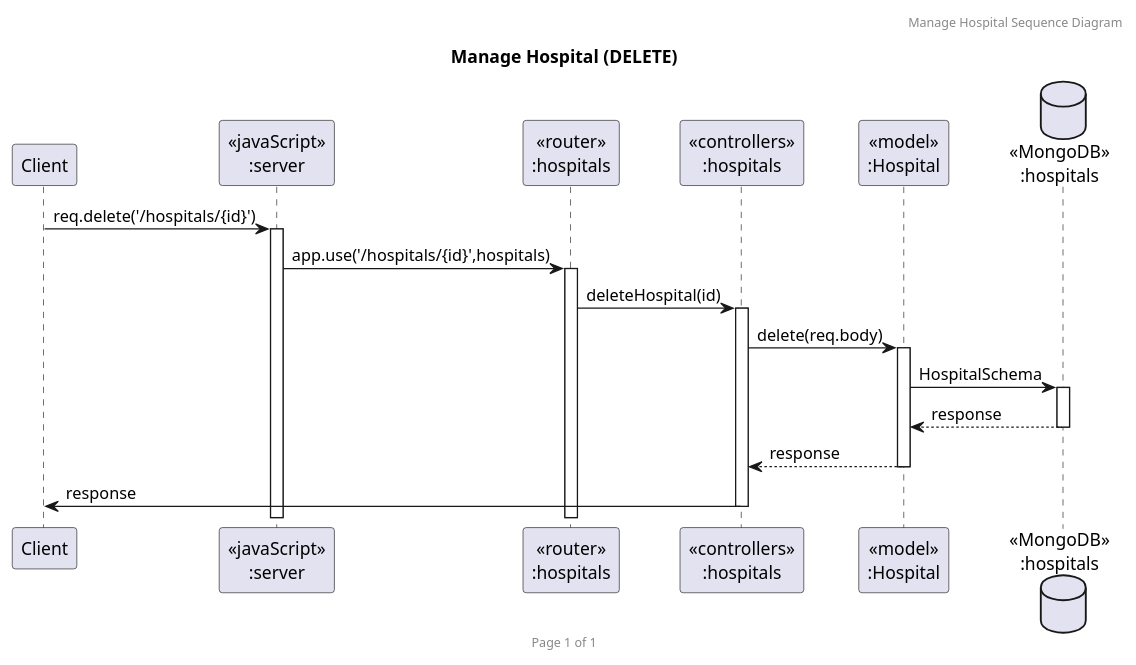
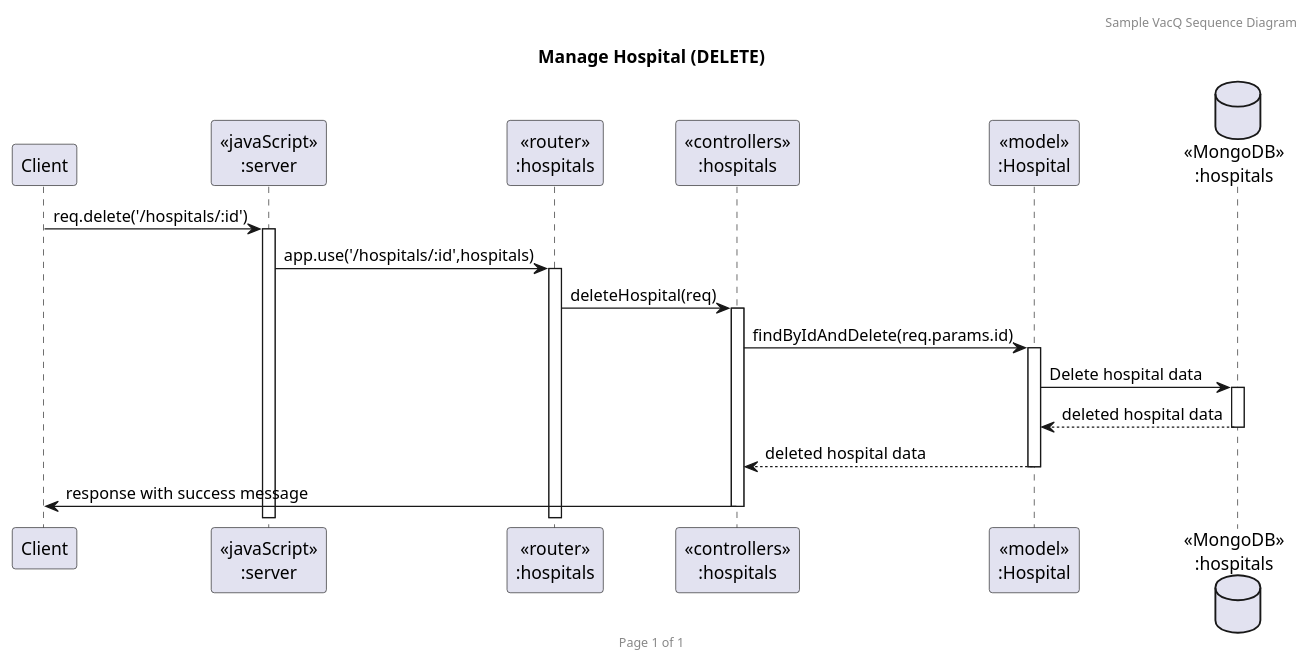
Before and after one commit to guncv/Soft_Dev_Prac_Backend: the diagram in PLANTUML/ManageHospitalSequenceDELETE.puml, drawn with PlantUML. The commit also changed 3 other files, not shown here.

```diff
--- a/PLANTUML/ManageHospitalSequenceDELETE.puml
+++ b/PLANTUML/ManageHospitalSequenceDELETE.puml
@@ -1,23 +1,23 @@
 @startuml Manage Hospital (DELETE)
 
-header Manage Hospital Sequence Diagram
+header Sample VacQ Sequence Diagram
 footer Page %page% of %lastpage%
 title "Manage Hospital (DELETE)"
 
 participant "Client" as client
 participant "<<javaScript>>\n:server" as server
 participant "<<router>>\n:hospitals" as routerHospitals
 participant "<<controllers>>\n:hospitals" as controllersHospitals
 participant "<<model>>\n:Hospital" as modelHospital
 database "<<MongoDB>>\n:hospitals" as HospitalsDatabase
 
-client->server ++:req.delete('/hospitals/{id}')
-server->routerHospitals ++:app.use('/hospitals/{id}',hospitals)
-routerHospitals -> controllersHospitals ++:deleteHospital(id)
-controllersHospitals->modelHospital ++:delete(req.body)
-modelHospital ->HospitalsDatabase ++: HospitalSchema
-HospitalsDatabase --> modelHospital --: response
-controllersHospitals <-- modelHospital --: response
-controllersHospitals->client --:response
+client->server ++:req.delete('/hospitals/:id')
+server->routerHospitals ++:app.use('/hospitals/:id',hospitals)
+routerHospitals -> controllersHospitals ++:deleteHospital(req)
+controllersHospitals->modelHospital ++:findByIdAndDelete(req.params.id)
+modelHospital ->HospitalsDatabase ++: Delete hospital data
+HospitalsDatabase --> modelHospital --: deleted hospital data
+controllersHospitals <-- modelHospital --:deleted hospital data
+controllersHospitals->client --:response with success message
 
-@enduml
+@enduml 
```
